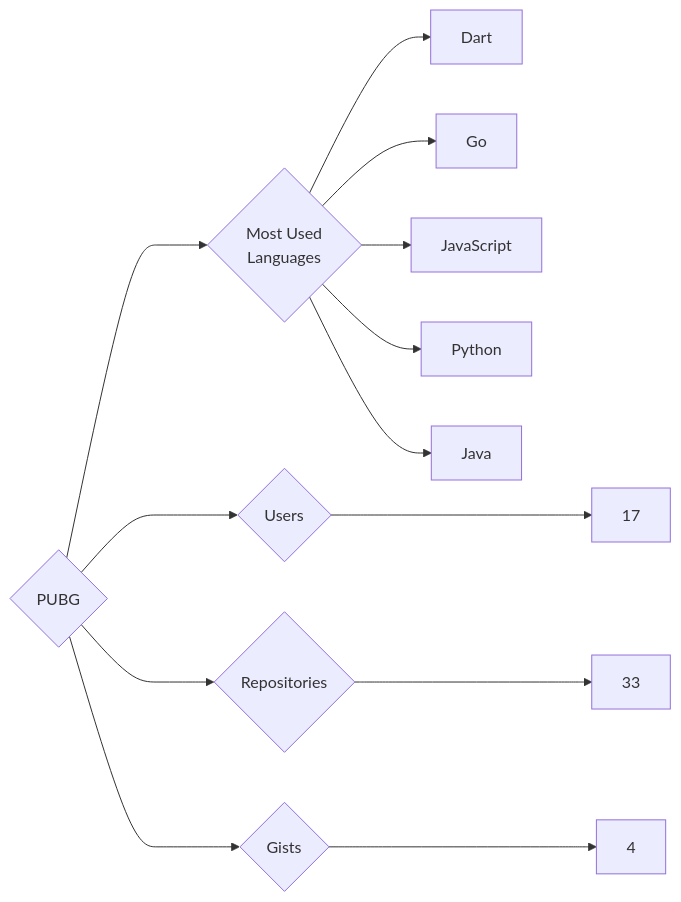
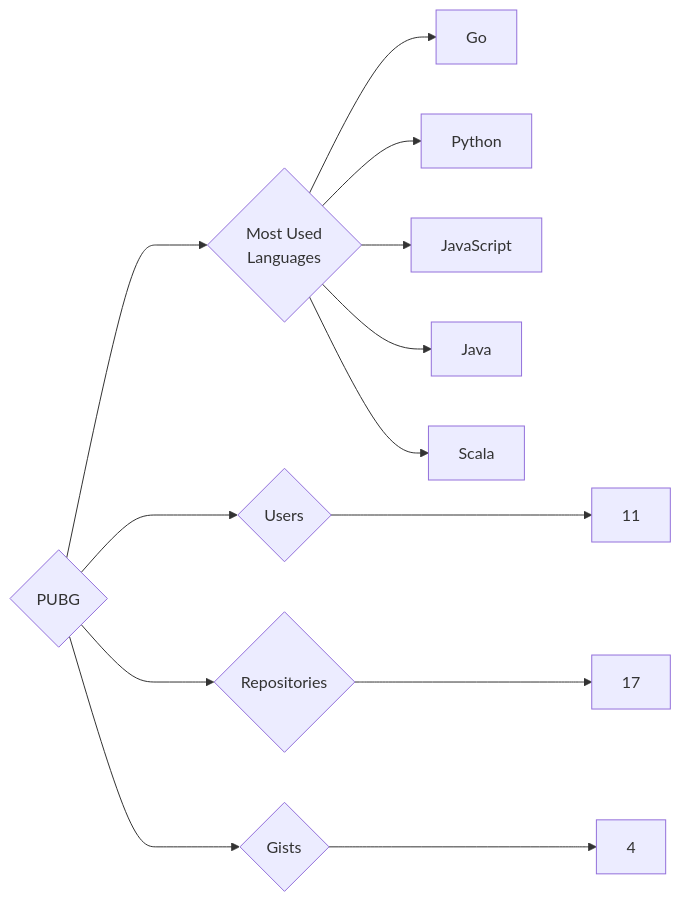
One commit to trickest/insiders changed the diagram in targets/PUBG/README.md. Above: the diagram before and after it, drawn with Mermaid. The commit also changed 682 other files, not shown here.

````diff
--- a/targets/PUBG/README.md
+++ b/targets/PUBG/README.md
@@ -3,13 +3,13 @@
 ```mermaid
 graph LR
 COMPANY_NAME{PUBG}
-COMPANY_NAME ---> U{Users} ---> UN[17]
-COMPANY_NAME ---> R{Repositories} ---> RN[33]
+COMPANY_NAME ---> U{Users} ---> UN[11]
+COMPANY_NAME ---> R{Repositories} ---> RN[17]
 COMPANY_NAME ---> G{Gists} ---> GN[4]
 COMPANY_NAME ---> ML{Most Used<br>Languages}
-ML --> Dart[Dart]
 ML --> Go[Go]
+ML --> Python[Python]
 ML --> JavaScript[JavaScript]
-ML --> Python[Python]
 ML --> Java[Java]
+ML --> Scala[Scala]
 ```
````
